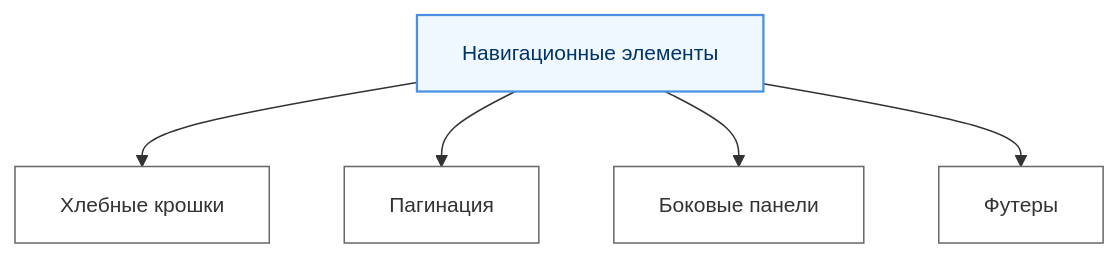
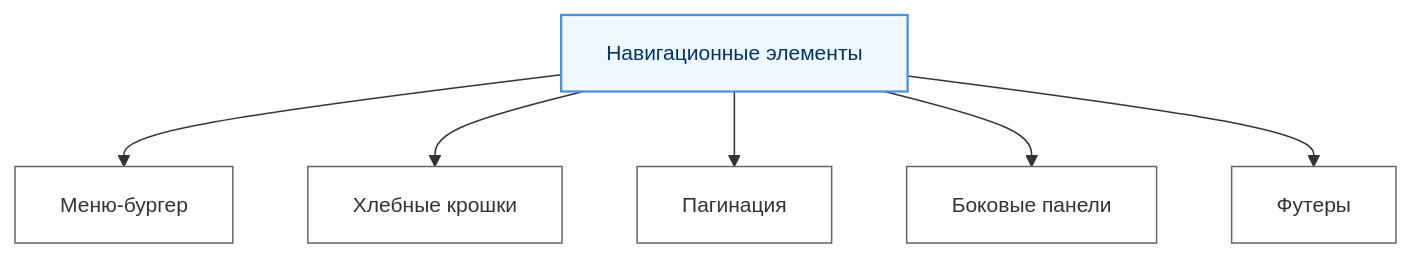
Before and after one commit to Spirzen/it-knowledge-base: the diagram in docs/encyclopedia/1-basics/1-25-interfeys/4.md, drawn with Mermaid. The commit also changed other lines of this file and 75 other files, not shown here.

````diff
--- a/docs/encyclopedia/1-basics/1-25-interfeys/4.md
+++ b/docs/encyclopedia/1-basics/1-25-interfeys/4.md
@@ -32,25 +32,27 @@
 ```mermaid
 %%{init: {
   "theme": "default",
   "themeVariables": {
     "fontSize": "14px",
     "fontFamily": "Segoe UI, Tahoma, sans-serif"
   }
 }}%%
 
 flowchart TD
     classDef group fill:#f0f8ff,stroke:#4a90e2,stroke-width:1.5px,color:#003366;
     classDef nav fill:#ffffff,stroke:#666,stroke-width:1px,color:#333;
 
     NE["Навигационные элементы"]:::group
 
+    BM["Меню-бургер"]:::nav
     BC["Хлебные крошки"]:::nav
     PG["Пагинация"]:::nav
     SB["Боковые панели"]:::nav
     FT["Футеры"]:::nav
 
+    NE --> BM
     NE --> BC
     NE --> PG
     NE --> SB
     NE --> FT
 ```
````
